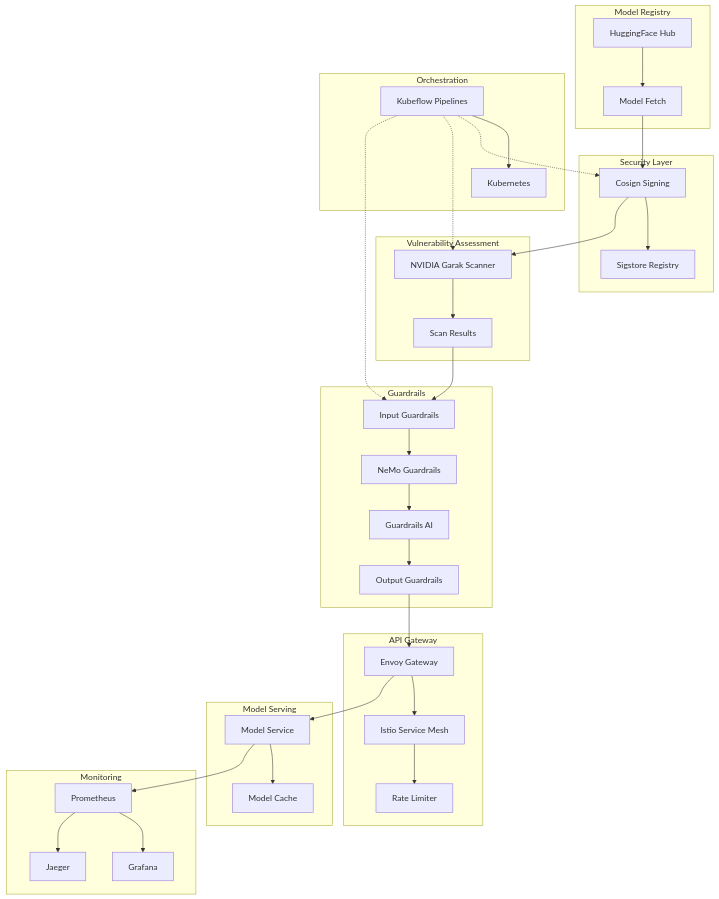
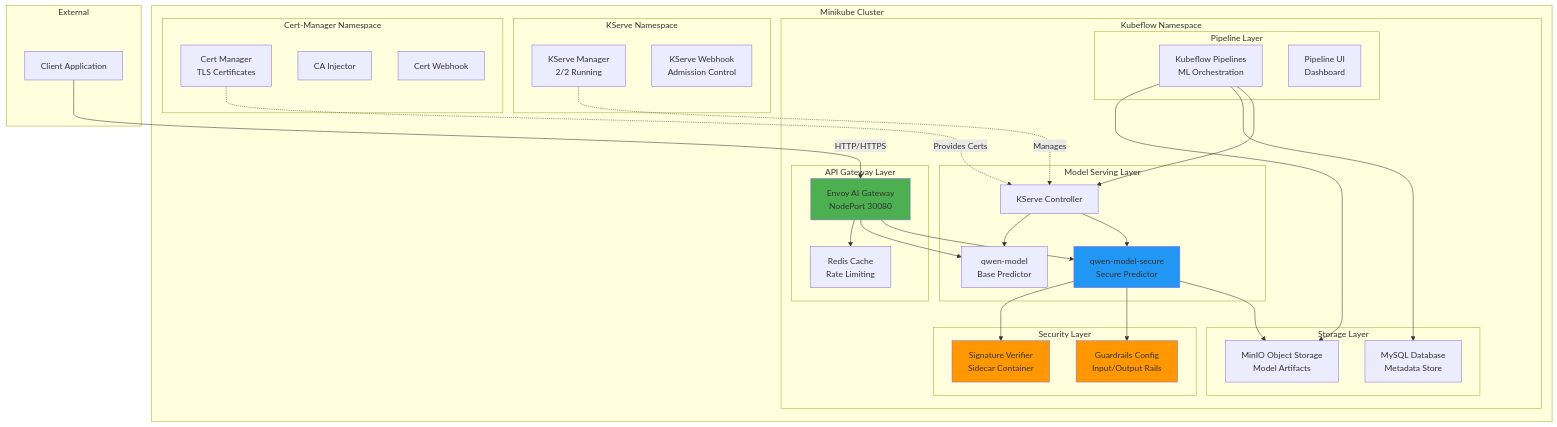
The first of 2 diagrams in ARCHITECTURE.md (nageshredhat/DevConf-2026), drawn with Mermaid before and after one commit. The commit also changed other lines of this file and 15 other files, not shown here.

````diff
--- a/ARCHITECTURE.md
+++ b/ARCHITECTURE.md
@@ -5,72 +5,71 @@
 ```mermaid
 graph TB
-    subgraph "Model Registry"
-        HF[HuggingFace Hub]
-        MF[Model Fetch]
-        HF --> MF
+    subgraph "External"
+        Client[Client Application]
     end
 
-    subgraph "Security Layer"
-        CS[Cosign Signing]
-        SS[Sigstore Registry]
-        MF --> CS
-        CS --> SS
+    subgraph "Minikube Cluster"
+        subgraph "Kubeflow Namespace"
+            subgraph "API Gateway Layer"
+                Envoy[Envoy AI Gateway<br/>NodePort 30080]
+                Redis[Redis Cache<br/>Rate Limiting]
+                Envoy --> Redis
+            end
+
+            subgraph "Model Serving Layer"
+                KServe[KServe Controller]
+                QwenBase[qwen-model<br/>Base Predictor]
+                QwenSecure[qwen-model-secure<br/>Secure Predictor]
+                
+                KServe --> QwenBase
+                KServe --> QwenSecure
+            end
+
+            subgraph "Security Layer"
+                SigVerify[Signature Verifier<br/>Sidecar Container]
+                Guardrails[Guardrails Config<br/>Input/Output Rails]
+                
+                QwenSecure --> SigVerify
+                QwenSecure --> Guardrails
+            end
+
+            subgraph "Storage Layer"
+                MinIO[MinIO Object Storage<br/>Model Artifacts]
+                MySQL[MySQL Database<br/>Metadata Store]
+            end
+
+            subgraph "Pipeline Layer"
+                KFPipeline[Kubeflow Pipelines<br/>ML Orchestration]
+                KFPipelineUI[Pipeline UI<br/>Dashboard]
+                
+                KFPipeline --> MinIO
+                KFPipeline --> MySQL
+            end
+
+            Envoy --> QwenBase
+            Envoy --> QwenSecure
+            QwenSecure --> MinIO
+            KFPipeline --> KServe
+        end
+
+        subgraph "KServe Namespace"
+            KServeManager[KServe Manager<br/>2/2 Running]
+            KServeWebhook[KServe Webhook<br/>Admission Control]
+        end
+
+        subgraph "Cert-Manager Namespace"
+            CertManager[Cert Manager<br/>TLS Certificates]
+            CertInjector[CA Injector]
+            CertWebhook[Cert Webhook]
+        end
     end
 
-    subgraph "Vulnerability Assessment"
-        GS[NVIDIA Garak Scanner]
-        SR[Scan Results]
-        CS --> GS
-        GS --> SR
-    end
+    Client -->|HTTP/HTTPS| Envoy
+    KServeManager -.->|Manages| KServe
+    CertManager -.->|Provides Certs| KServe
 
-    subgraph "Guardrails"
-        IG[Input Guardrails]
-        OG[Output Guardrails]
-        NG[NeMo Guardrails]
-        GA[Guardrails AI]
-        
-        IG --> NG
-        NG --> GA
-        GA --> OG
-    end
-
-    subgraph "API Gateway"
-        EG[Envoy Gateway]
-        IS[Istio Service Mesh]
-        RL[Rate Limiter]
-        
-        EG --> IS
-        IS --> RL
-    end
-
-    subgraph "Model Serving"
-        MS[Model Service]
-        MC[Model Cache]
-        MS --> MC
-    end
-
-    subgraph "Monitoring"
-        PR[Prometheus]
-        GR[Grafana]
-        JA[Jaeger]
-        
-        PR --> GR
-        PR --> JA
-    end
-
-    subgraph "Orchestration"
-        KF[Kubeflow Pipelines]
-        K8[Kubernetes]
-        
-        KF --> K8
-    end
-
-    SR --> IG
-    OG --> EG
-    EG --> MS
-    MS --> PR
-    KF -.-> CS
-    KF -.-> GS
-    KF -.-> IG
+    style Envoy fill:#4CAF50
+    style QwenSecure fill:#2196F3
+    style Guardrails fill:#FF9800
+    style SigVerify fill:#FF9800
 ```
````
